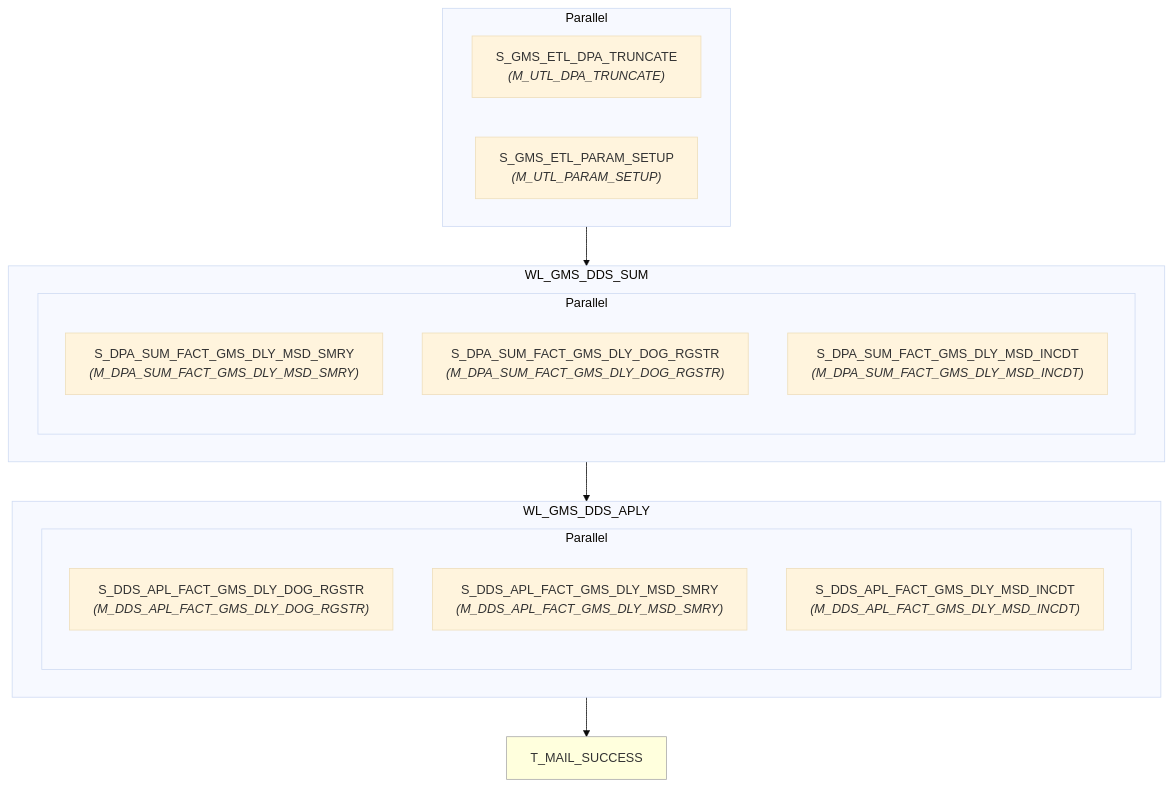
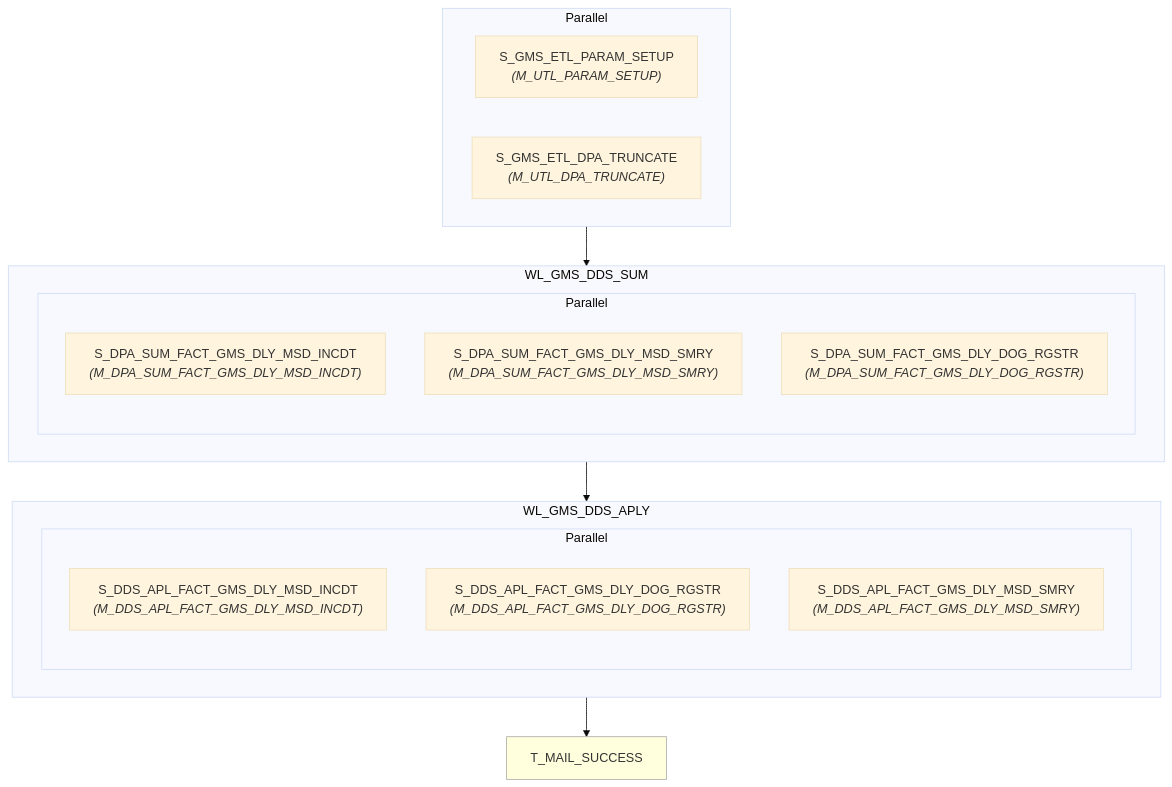
The diagram in informatica/PySpark_workflows/dds/WF_GMS_DDS_APLY_DLY/wf_gms_dds_aply_dly.md (asl-adamxu/informatica-sparker-poc), drawn with Mermaid (base theme) before and after one commit. The commit also changed 196 other files, not shown here.

````diff
--- a/informatica/PySpark_workflows/dds/WF_GMS_DDS_APLY_DLY/wf_gms_dds_aply_dly.md
+++ b/informatica/PySpark_workflows/dds/WF_GMS_DDS_APLY_DLY/wf_gms_dds_aply_dly.md
@@ -7,34 +7,34 @@
 ```mermaid
 flowchart TD
-    n1["S_GMS_ETL_DPA_TRUNCATE<br/><i>(M_UTL_DPA_TRUNCATE)</i>"]
-    n2["S_GMS_ETL_PARAM_SETUP<br/><i>(M_UTL_PARAM_SETUP)</i>"]
+    n1["S_GMS_ETL_PARAM_SETUP<br/><i>(M_UTL_PARAM_SETUP)</i>"]
+    n2["S_GMS_ETL_DPA_TRUNCATE<br/><i>(M_UTL_DPA_TRUNCATE)</i>"]
     subgraph pg3[Parallel]
         n1
         n2
     end
     subgraph wkl4["WL_GMS_DDS_SUM"]
-    n5["S_DPA_SUM_FACT_GMS_DLY_MSD_SMRY<br/><i>(M_DPA_SUM_FACT_GMS_DLY_MSD_SMRY)</i>"]
-    n6["S_DPA_SUM_FACT_GMS_DLY_DOG_RGSTR<br/><i>(M_DPA_SUM_FACT_GMS_DLY_DOG_RGSTR)</i>"]
-    n7["S_DPA_SUM_FACT_GMS_DLY_MSD_INCDT<br/><i>(M_DPA_SUM_FACT_GMS_DLY_MSD_INCDT)</i>"]
+    n5["S_DPA_SUM_FACT_GMS_DLY_MSD_INCDT<br/><i>(M_DPA_SUM_FACT_GMS_DLY_MSD_INCDT)</i>"]
+    n6["S_DPA_SUM_FACT_GMS_DLY_MSD_SMRY<br/><i>(M_DPA_SUM_FACT_GMS_DLY_MSD_SMRY)</i>"]
+    n7["S_DPA_SUM_FACT_GMS_DLY_DOG_RGSTR<br/><i>(M_DPA_SUM_FACT_GMS_DLY_DOG_RGSTR)</i>"]
     subgraph pg8[Parallel]
         n5
         n6
         n7
     end
     end
     subgraph wkl9["WL_GMS_DDS_APLY"]
-    n10["S_DDS_APL_FACT_GMS_DLY_DOG_RGSTR<br/><i>(M_DDS_APL_FACT_GMS_DLY_DOG_RGSTR)</i>"]
-    n11["S_DDS_APL_FACT_GMS_DLY_MSD_SMRY<br/><i>(M_DDS_APL_FACT_GMS_DLY_MSD_SMRY)</i>"]
-    n12["S_DDS_APL_FACT_GMS_DLY_MSD_INCDT<br/><i>(M_DDS_APL_FACT_GMS_DLY_MSD_INCDT)</i>"]
+    n10["S_DDS_APL_FACT_GMS_DLY_MSD_INCDT<br/><i>(M_DDS_APL_FACT_GMS_DLY_MSD_INCDT)</i>"]
+    n11["S_DDS_APL_FACT_GMS_DLY_DOG_RGSTR<br/><i>(M_DDS_APL_FACT_GMS_DLY_DOG_RGSTR)</i>"]
+    n12["S_DDS_APL_FACT_GMS_DLY_MSD_SMRY<br/><i>(M_DDS_APL_FACT_GMS_DLY_MSD_SMRY)</i>"]
     subgraph pg13[Parallel]
         n10
         n11
         n12
     end
     end
     n14["T_MAIL_SUCCESS"]
     style n14 fill:#ffd,stroke:#aaa,stroke-width:1px
     pg3 --> wkl4
     wkl4 --> wkl9
     wkl9 --> n14
 ```
````
